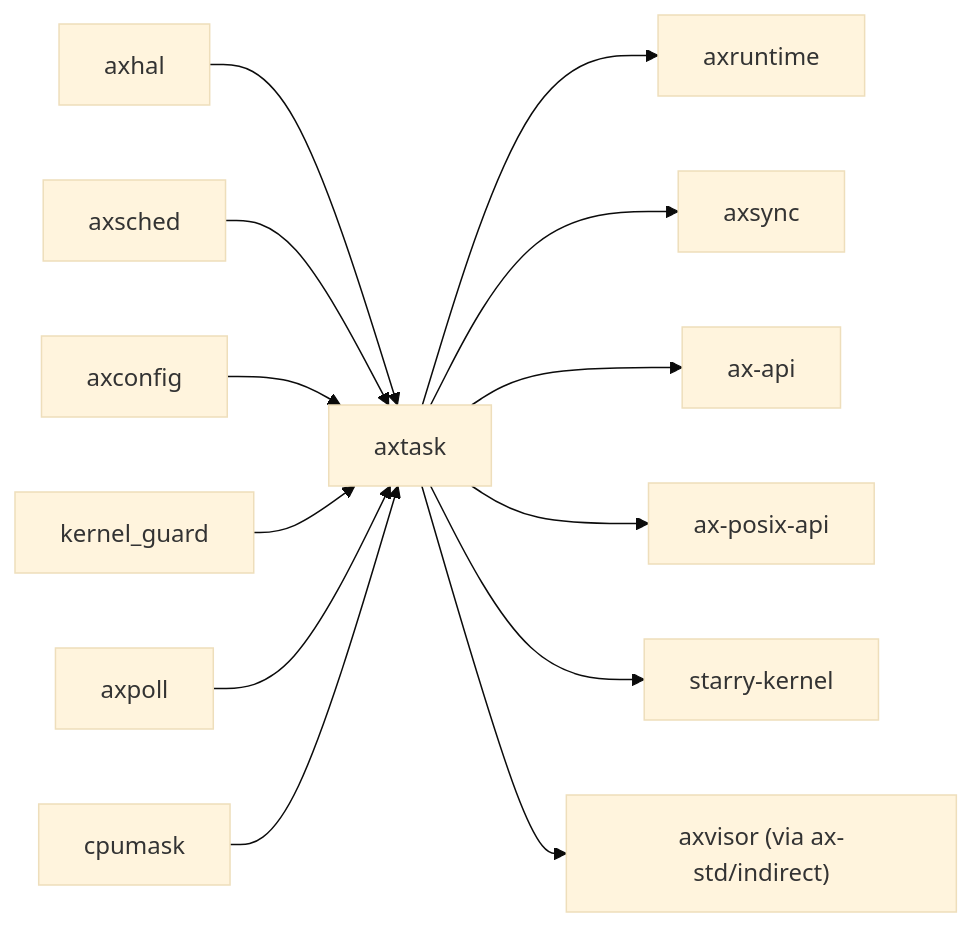
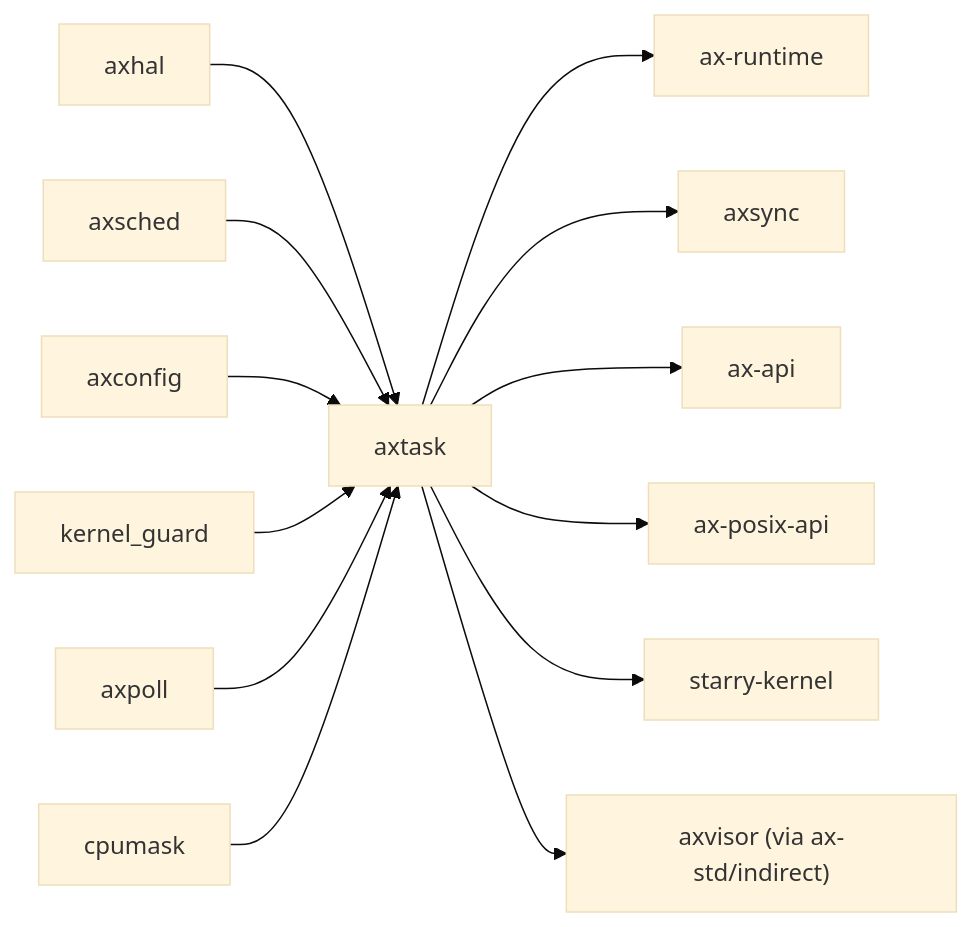
The second of 2 diagrams in docs/crates/axtask.md (zKurisu/tgoskits), drawn with Mermaid (base theme) before and after one commit. The commit also changed other lines of this file and 69 other files, not shown here.

Commit message:
rename axruntime to ax-runtime

````diff
--- a/docs/crates/axtask.md
+++ b/docs/crates/axtask.md
@@ -122,16 +122,16 @@
 ```mermaid
 graph LR
     axhal["axhal"] --> axtask["axtask"]
     axsched["axsched"] --> axtask
     axconfig["axconfig"] --> axtask
     kernel_guard["kernel_guard"] --> axtask
     axpoll["axpoll"] --> axtask
     cpumask["cpumask"] --> axtask
 
-    axtask --> axruntime["axruntime"]
+    axtask --> ax-runtime["ax-runtime"]
     axtask --> axsync["axsync"]
     axtask --> ax-api["ax-api"]
     axtask --> ax-posix-api["ax-posix-api"]
     axtask --> starry["starry-kernel"]
     axtask --> axvisor["axvisor (via ax-std/indirect)"]
 ```
````
